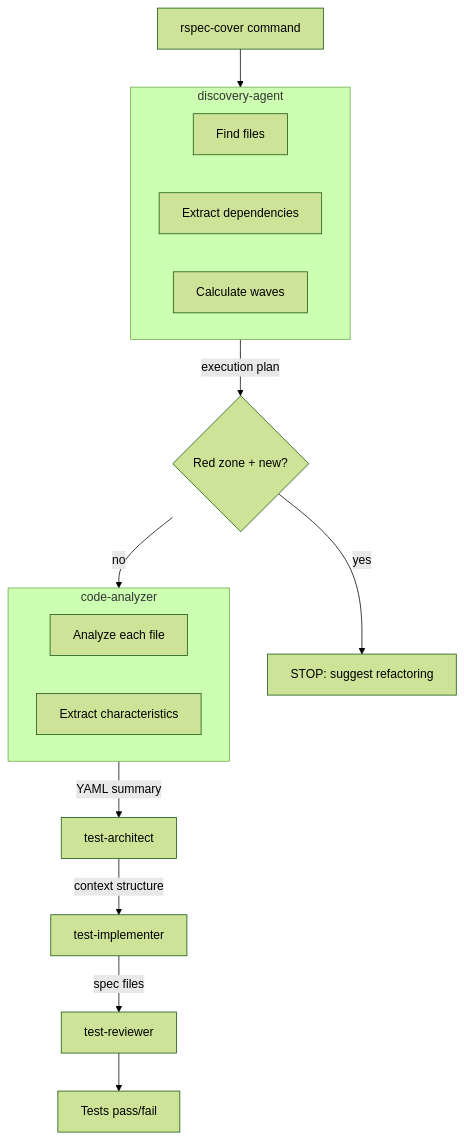
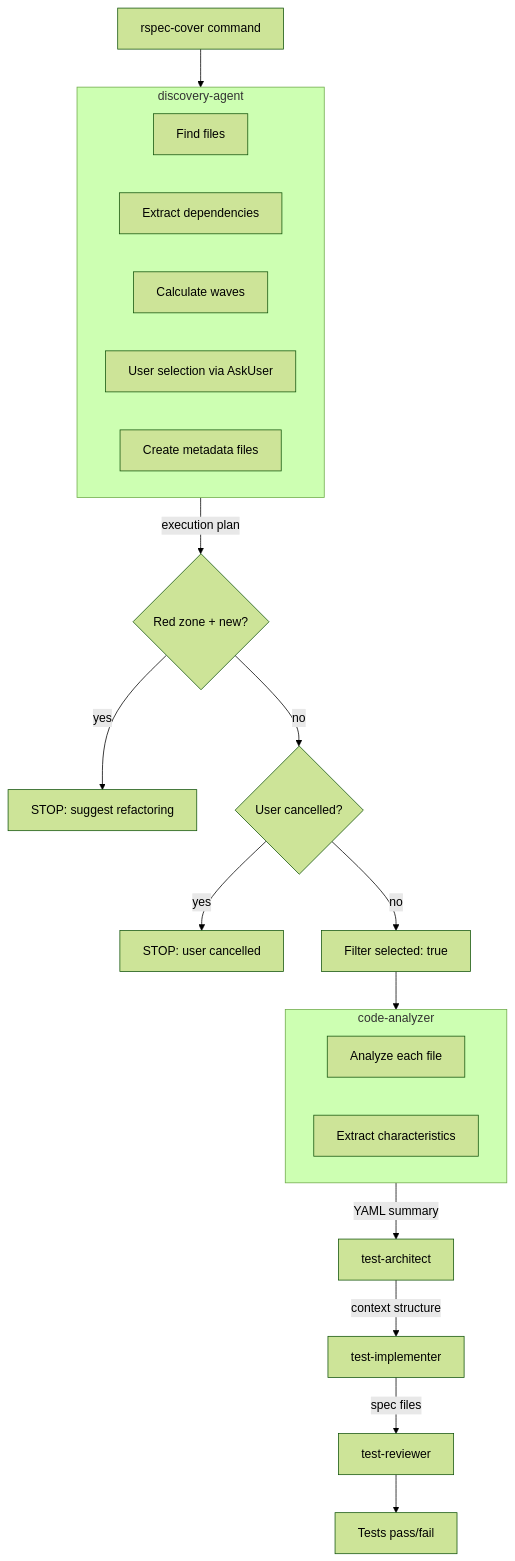
Before and after one commit to AlexeyMatskevich/rspec-guide: the third of 3 diagrams in plugins/rspec-testing/docs/agent-communication.md, drawn with Mermaid (forest theme). The commit also changed other lines of this file and 3 other files, not shown here.

First line of the commit message:
Move user selection from rspec-cover to discovery-agent

````diff
--- a/plugins/rspec-testing/docs/agent-communication.md
+++ b/plugins/rspec-testing/docs/agent-communication.md
@@ -314,24 +323,29 @@
 ```mermaid
 flowchart TD
     CMD[rspec-cover command] --> DA
 
     subgraph DA[discovery-agent]
         DA1[Find files]
         DA2[Extract dependencies]
         DA3[Calculate waves]
+        DA4[User selection via AskUser]
+        DA5[Create metadata files]
     end
 
     DA -->|execution plan| STOP{Red zone + new?}
     STOP -->|yes| HALT[STOP: suggest refactoring]
-    STOP -->|no| CA
+    STOP -->|no| SEL{User cancelled?}
+    SEL -->|yes| CANCEL[STOP: user cancelled]
+    SEL -->|no| FILTER[Filter selected: true]
+    FILTER --> CA
 
     subgraph CA[code-analyzer]
         CA1[Analyze each file]
         CA2[Extract characteristics]
     end
 
     CA -->|YAML summary| TA[test-architect]
     TA -->|context structure| TI[test-implementer]
     TI -->|spec files| TR[test-reviewer]
     TR --> DONE[Tests pass/fail]
 ```
````
